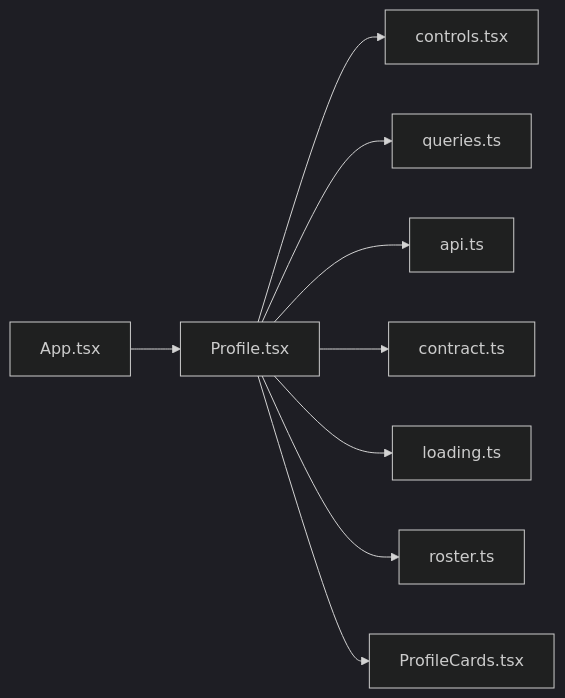
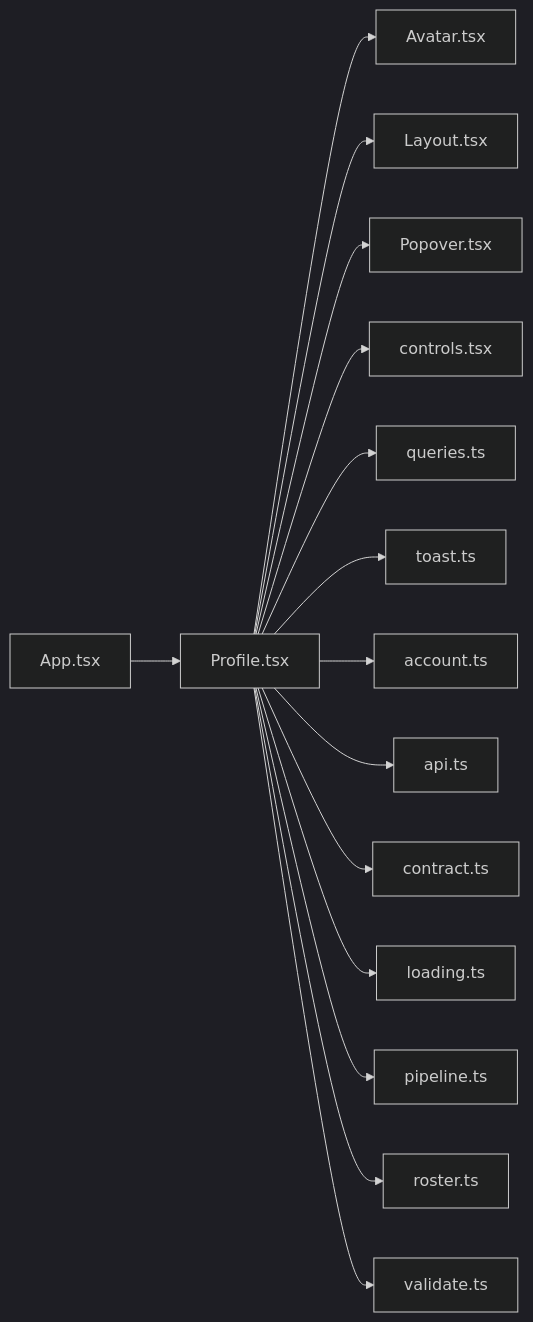
The diagram in .cluedoc/graph/frontend/src/routes/Profile.md (minkong-dev/Banblit), drawn with Mermaid (dark theme) before and after one commit. The commit also changed other lines of this file and 78 other files, not shown here.

Commit message:
frontend: merge single-function files into Board, Profile, Search, controls, loading and pipeline

````diff
--- a/.cluedoc/graph/frontend/src/routes/Profile.md
+++ b/.cluedoc/graph/frontend/src/routes/Profile.md
@@ -10,12 +10,18 @@
 ```mermaid
 flowchart LR
   frontend_src_routes_Profile["Profile.tsx"]
+  frontend_src_routes_Profile --> frontend_src_components_Avatar["Avatar.tsx"]
+  frontend_src_routes_Profile --> frontend_src_components_Layout["Layout.tsx"]
+  frontend_src_routes_Profile --> frontend_src_components_Popover["Popover.tsx"]
   frontend_src_routes_Profile --> frontend_src_components_controls["controls.tsx"]
   frontend_src_routes_Profile --> frontend_src_components_queries["queries.ts"]
+  frontend_src_routes_Profile --> frontend_src_components_toast["toast.ts"]
+  frontend_src_routes_Profile --> frontend_src_lib_account["account.ts"]
   frontend_src_routes_Profile --> frontend_src_lib_api["api.ts"]
   frontend_src_routes_Profile --> frontend_src_lib_contract["contract.ts"]
   frontend_src_routes_Profile --> frontend_src_lib_loading["loading.ts"]
+  frontend_src_routes_Profile --> frontend_src_lib_pipeline["pipeline.ts"]
   frontend_src_routes_Profile --> frontend_src_lib_roster["roster.ts"]
-  frontend_src_routes_Profile --> frontend_src_routes_ProfileCards["ProfileCards.tsx"]
+  frontend_src_routes_Profile --> frontend_src_lib_validate["validate.ts"]
   frontend_src_App["App.tsx"] --> frontend_src_routes_Profile
 ```
````
